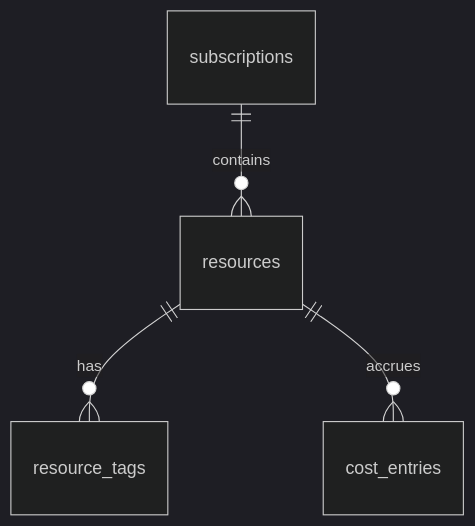
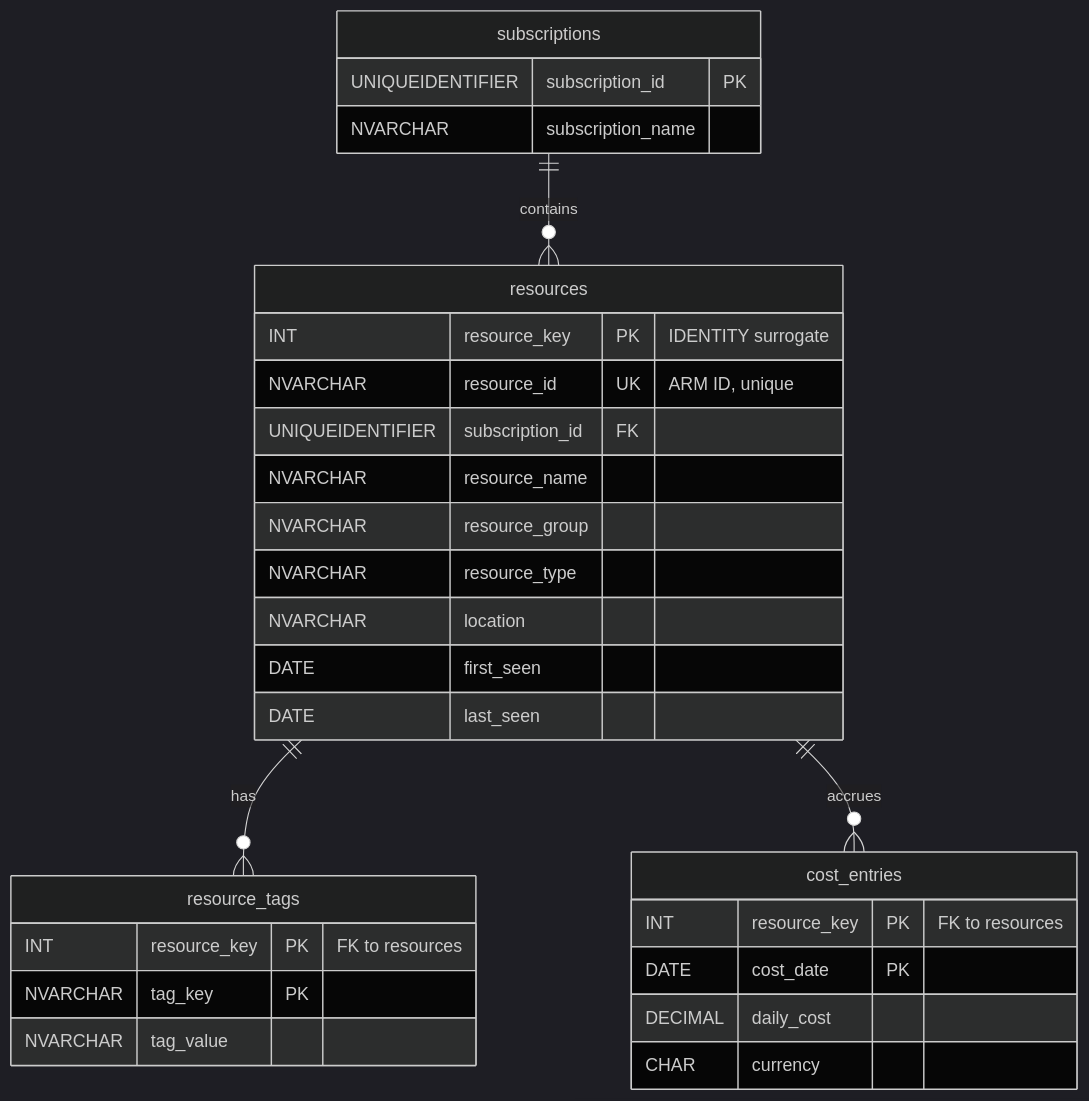
Before and after one commit to MollyMadel3ine/azure-sql-cost-analytics: the diagram in README.md, drawn with Mermaid (dark theme). The commit also changed other lines of this file, not shown here.

Commit message:
Add column-level ER diagram and 3NF notes

````diff
--- a/README.md
+++ b/README.md
@@ -17,6 +17,36 @@
 ```mermaid
 erDiagram
     subscriptions ||--o{ resources : contains
     resources ||--o{ resource_tags : has
     resources ||--o{ cost_entries : accrues
+
+    subscriptions {
+        UNIQUEIDENTIFIER subscription_id PK
+        NVARCHAR subscription_name
+    }
+
+    resources {
+        INT resource_key PK "IDENTITY surrogate"
+        NVARCHAR resource_id UK "ARM ID, unique"
+        UNIQUEIDENTIFIER subscription_id FK
+        NVARCHAR resource_name
+        NVARCHAR resource_group
+        NVARCHAR resource_type
+        NVARCHAR location
+        DATE first_seen
+        DATE last_seen
+    }
+
+    resource_tags {
+        INT resource_key PK "FK to resources"
+        NVARCHAR tag_key PK
+        NVARCHAR tag_value
+    }
+
+    cost_entries {
+        INT resource_key PK "FK to resources"
+        DATE cost_date PK
+        DECIMAL daily_cost
+        CHAR currency
+    }
 ```
````
